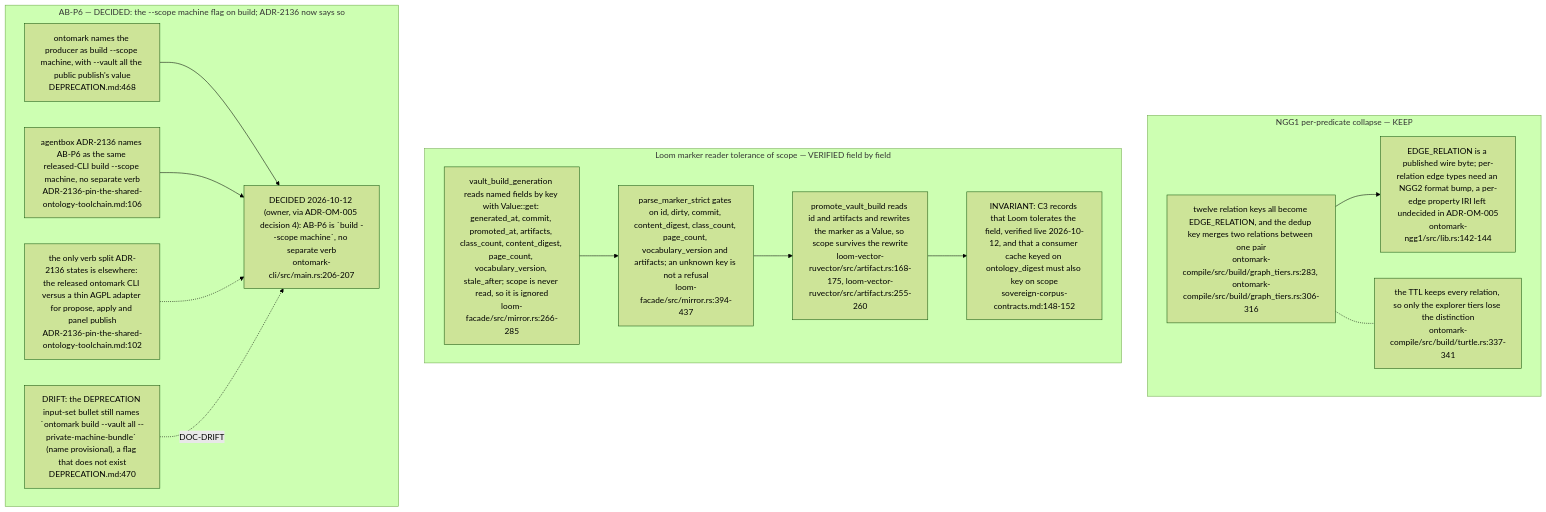
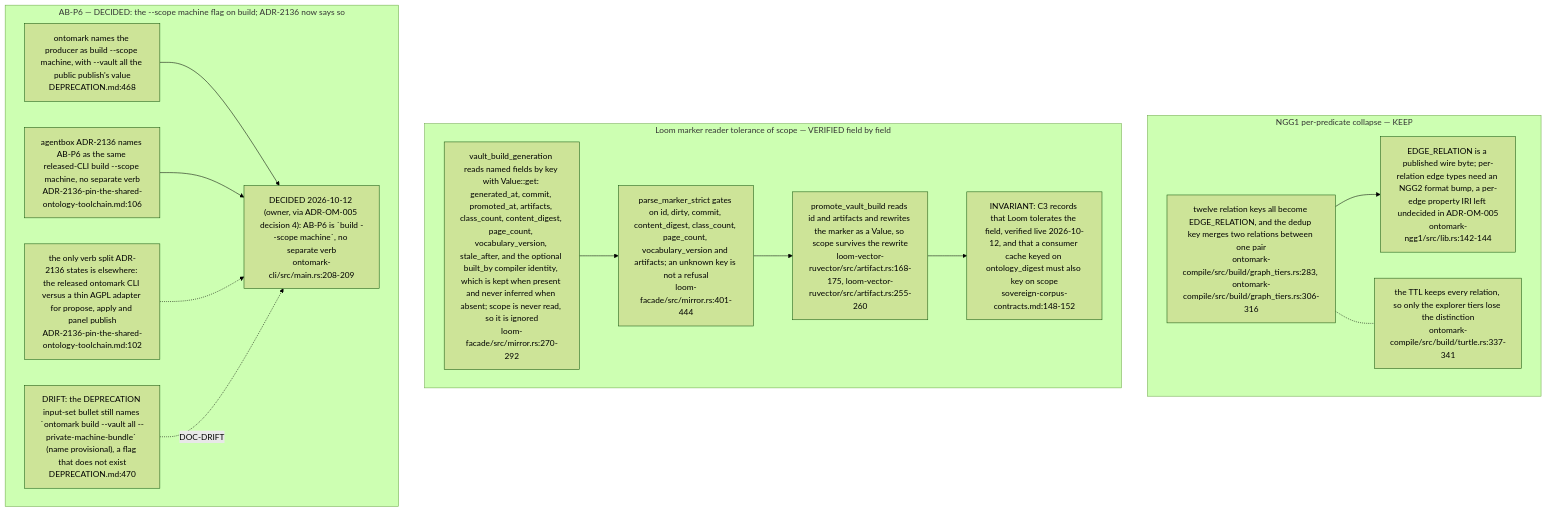
The fifth of 5 diagrams in docs/diagrams/ontomark/06-machine-scope-and-ingest-contract.md (DreamLab-AI/VisionFlow), drawn with Mermaid (forest theme) before and after one commit. The commit also changed other lines of this file and 70 other files, not shown here.

First line of the commit message:
docs(diagrams): re-verify 69 topics at current default-branch heads

````diff
--- a/docs/diagrams/ontomark/06-machine-scope-and-ingest-contract.md
+++ b/docs/diagrams/ontomark/06-machine-scope-and-ingest-contract.md
@@ -166,28 +166,28 @@
 ```mermaid
 flowchart TB
     subgraph NGG["NGG1 per-predicate collapse — KEEP"]
         N1["twelve relation keys all become EDGE_RELATION, and the dedup key merges two relations between one pair<br/>ontomark-compile/src/build/graph_tiers.rs:283, ontomark-compile/src/build/graph_tiers.rs:306-316"]
         N2["EDGE_RELATION is a published wire byte; per-relation edge types need an NGG2 format bump, a per-edge property IRI left undecided in ADR-OM-005<br/>ontomark-ngg1/src/lib.rs:142-144"]
         N3["the TTL keeps every relation, so only the explorer tiers lose the distinction<br/>ontomark-compile/src/build/turtle.rs:337-341"]
         N1 --> N2
         N1 -.- N3
     end
     subgraph LOOMR["Loom marker reader tolerance of scope — VERIFIED field by field"]
-        L1["vault_build_generation reads named fields by key with Value::get: generated_at, commit, promoted_at, artifacts, class_count, content_digest, page_count, vocabulary_version, stale_after; scope is never read, so it is ignored<br/>loom-facade/src/mirror.rs:266-285"]
-        L2["parse_marker_strict gates on id, dirty, commit, content_digest, class_count, page_count, vocabulary_version and artifacts; an unknown key is not a refusal<br/>loom-facade/src/mirror.rs:394-437"]
+        L1["vault_build_generation reads named fields by key with Value::get: generated_at, commit, promoted_at, artifacts, class_count, content_digest, page_count, vocabulary_version, stale_after, and the optional built_by compiler identity, which is kept when present and never inferred when absent; scope is never read, so it is ignored<br/>loom-facade/src/mirror.rs:270-292"]
+        L2["parse_marker_strict gates on id, dirty, commit, content_digest, class_count, page_count, vocabulary_version and artifacts; an unknown key is not a refusal<br/>loom-facade/src/mirror.rs:401-444"]
         L3["promote_vault_build reads id and artifacts and rewrites the marker as a Value, so scope survives the rewrite<br/>loom-vector-ruvector/src/artifact.rs:168-175, loom-vector-ruvector/src/artifact.rs:255-260"]
         L4["INVARIANT: C3 records that Loom tolerates the field, verified live 2026-10-12, and that a consumer cache keyed on ontology_digest must also key on scope<br/>sovereign-corpus-contracts.md:148-152"]
         L1 --> L2 --> L3 --> L4
     end
     subgraph ABP6["AB-P6 — DECIDED: the --scope machine flag on build; ADR-2136 now says so"]
         A1["ontomark names the producer as build --scope machine, with --vault all the public publish's value<br/>DEPRECATION.md:468"]
         A2["agentbox ADR-2136 names AB-P6 as the same released-CLI build --scope machine, no separate verb<br/>ADR-2136-pin-the-shared-ontology-toolchain.md:106"]
         A3["the only verb split ADR-2136 states is elsewhere: the released ontomark CLI versus a thin AGPL adapter for propose, apply and panel publish<br/>ADR-2136-pin-the-shared-ontology-toolchain.md:102"]
-        A4["DECIDED 2026-10-12 (owner, via ADR-OM-005 decision 4): AB-P6 is `build --scope machine`, no separate verb<br/>ontomark-cli/src/main.rs:206-207"]
+        A4["DECIDED 2026-10-12 (owner, via ADR-OM-005 decision 4): AB-P6 is `build --scope machine`, no separate verb<br/>ontomark-cli/src/main.rs:208-209"]
         A5["DRIFT: the DEPRECATION input-set bullet still names `ontomark build --vault all --private-machine-bundle` (name provisional), a flag that does not exist<br/>DEPRECATION.md:470"]
         A1 --> A4
         A2 --> A4
         A3 -.-> A4
         A5 -.->|DOC-DRIFT| A4
     end
 ```
````
